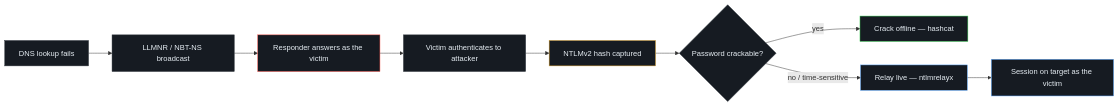
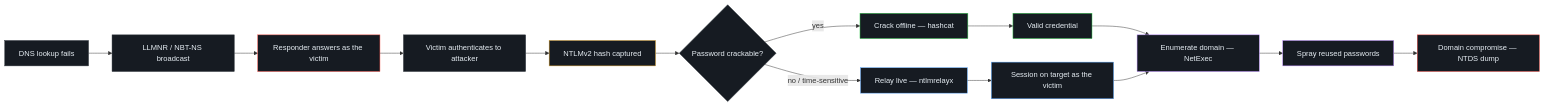
One commit to Aswansyed97/Active-Directory-Attacks changed the diagram in README.md. Above: the diagram before and after it, drawn with Mermaid. The commit also changed other lines of this file and 1 other file, not shown here.

````diff
--- a/README.md
+++ b/README.md
@@ -47,21 +65,30 @@
 ```mermaid
 flowchart LR
     A["DNS lookup fails"] --> B["LLMNR / NBT-NS broadcast"]
     B --> C["Responder answers as the victim"]
     C --> D["Victim authenticates to attacker"]
     D --> E["NTLMv2 hash captured"]
     E --> F{"Password crackable?"}
     F -->|yes| G["Crack offline — hashcat"]
     F -->|no / time-sensitive| H["Relay live — ntlmrelayx"]
+    G --> J["Valid credential"]
     H --> I["Session on target as the victim"]
+    J --> K["Enumerate domain — NetExec"]
+    I --> K
+    K --> L["Spray reused passwords"]
+    L --> M["Domain compromise — NTDS dump"]
 
     style A fill:#161b22,stroke:#30363d,color:#e6edf3
     style B fill:#161b22,stroke:#30363d,color:#e6edf3
     style C fill:#161b22,stroke:#f85149,color:#e6edf3
     style D fill:#161b22,stroke:#30363d,color:#e6edf3
     style E fill:#161b22,stroke:#d29922,color:#e6edf3
     style F fill:#161b22,stroke:#30363d,color:#e6edf3
     style G fill:#161b22,stroke:#39d353,color:#e6edf3
     style H fill:#161b22,stroke:#58a6ff,color:#e6edf3
     style I fill:#161b22,stroke:#58a6ff,color:#e6edf3
+    style J fill:#161b22,stroke:#39d353,color:#e6edf3
+    style K fill:#161b22,stroke:#bc8cff,color:#e6edf3
+    style L fill:#161b22,stroke:#bc8cff,color:#e6edf3
+    style M fill:#161b22,stroke:#f85149,color:#e6edf3
 ```
````
